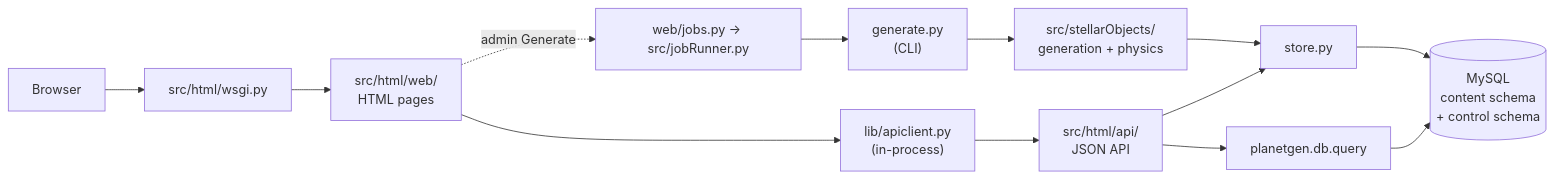
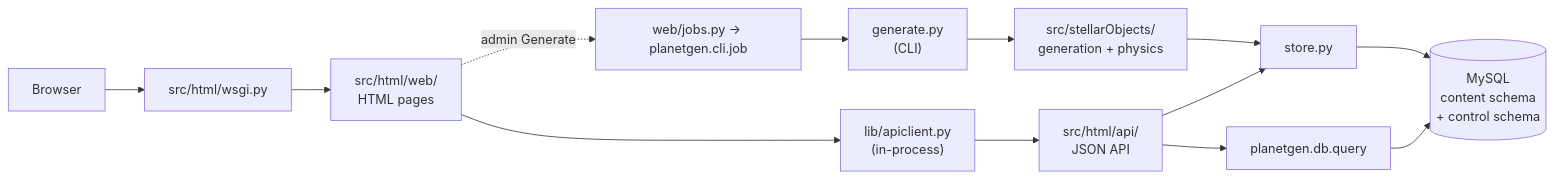
The first of 8 diagrams in docs/design/architecture.md (dwhagar/planetGen), drawn with Mermaid before and after one commit. The commit also changed other lines of this file and 35 other files, not shown here.

First line of the commit message:
Move the work queue and job runner into planetgen.queue and planetgen.cli.job (OPS.24 step 9) (#451)

````diff
--- a/docs/design/architecture.md
+++ b/docs/design/architecture.md
@@ -67,15 +67,15 @@
 ```mermaid
 flowchart LR
     CLI["generate.py<br/>(CLI)"] --> SO["src/stellarObjects/<br/>generation + physics"]
     SO --> DB["store.py"]
     DB --> MySQL[("MySQL<br/>content schema<br/>+ control schema")]
     Browser["Browser"] --> WSGI["src/html/wsgi.py"]
     WSGI --> Web["src/html/web/<br/>HTML pages"]
     Web --> Client["lib/apiclient.py<br/>(in-process)"]
     Client --> API["src/html/api/<br/>JSON API"]
     API --> Q["planetgen.db.query"]
     Q --> MySQL
     API --> DB
-    Web -. "admin Generate" .-> Jobs["web/jobs.py -> src/jobRunner.py"]
+    Web -. "admin Generate" .-> Jobs["web/jobs.py -> planetgen.cli.job"]
     Jobs --> CLI
 ```
````
